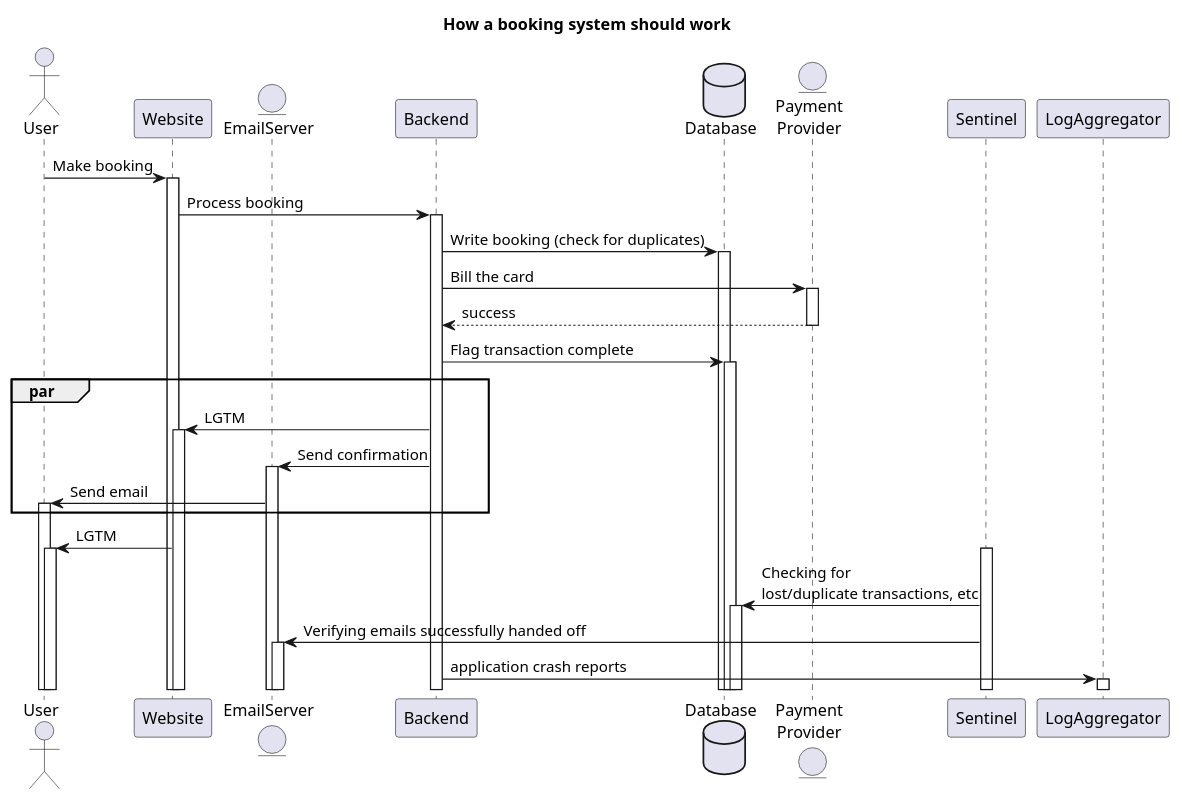
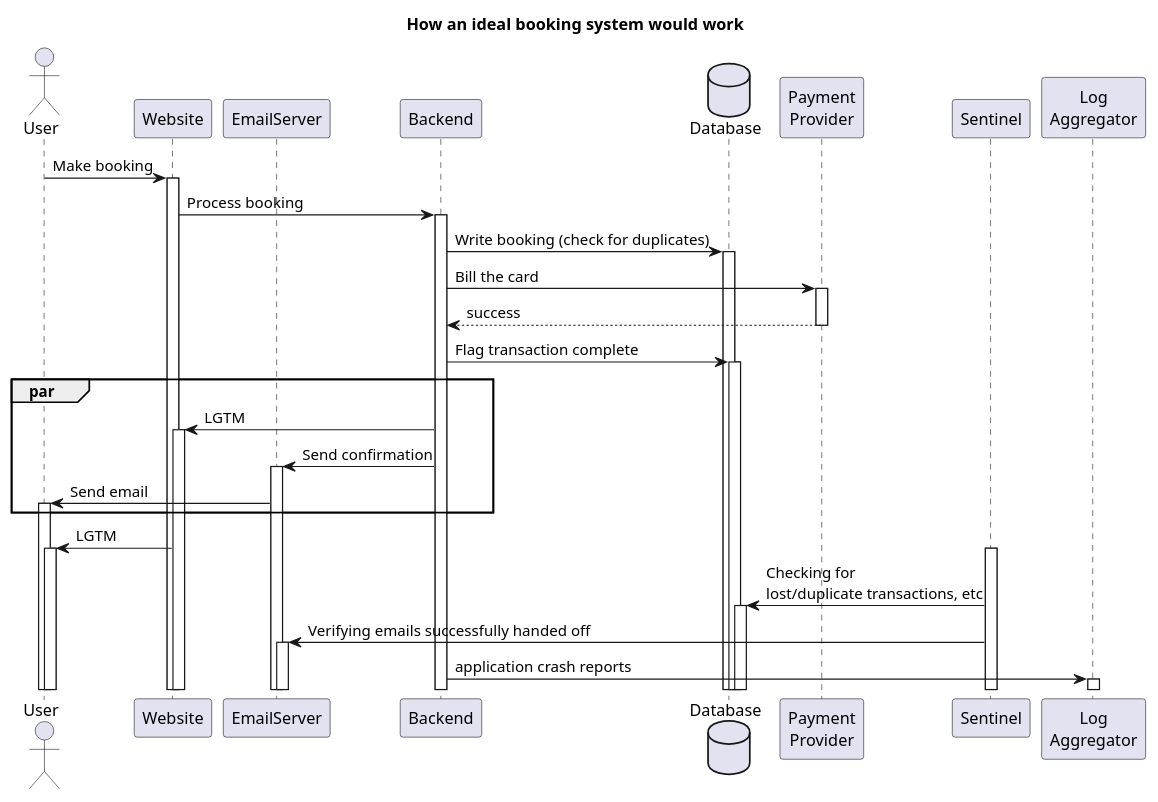
The diagram in puml/how-booking-should-work.puml (esl/bryan_cb_sf_2020_talk), drawn with PlantUML before and after one commit. The commit also changed 4 other files, not shown here.

```diff
--- a/puml/how-booking-should-work.puml
+++ b/puml/how-booking-should-work.puml
@@ -1,26 +1,27 @@
 @startuml overview
 
-title How a booking system should work
+title How an ideal booking system would work
 autoactivate on
 actor User 
 User -> Website: Make booking 
-entity   EmailServer
+participant EmailServer
 Website -> Backend: Process booking
 database Database
 Backend -> Database: Write booking (check for duplicates)
-entity "Payment\nProvider" as Provider 
+participant "Payment\nProvider" as Provider 
 Backend -> Provider: Bill the card 
 return success
 Backend -> Database: Flag transaction complete
 par 
 Backend -> Website: LGTM
 Backend -> EmailServer: Send confirmation
 EmailServer -> User: Send email
 end
 Website -> User: LGTM
 activate Sentinel
 Sentinel -> Database: Checking for \nlost/duplicate transactions, etc
 Sentinel -> EmailServer : Verifying emails successfully handed off 
 
+participant "Log\nAggregator" as LogAggregator
 Backend -> LogAggregator: application crash reports
 @enduml
```
